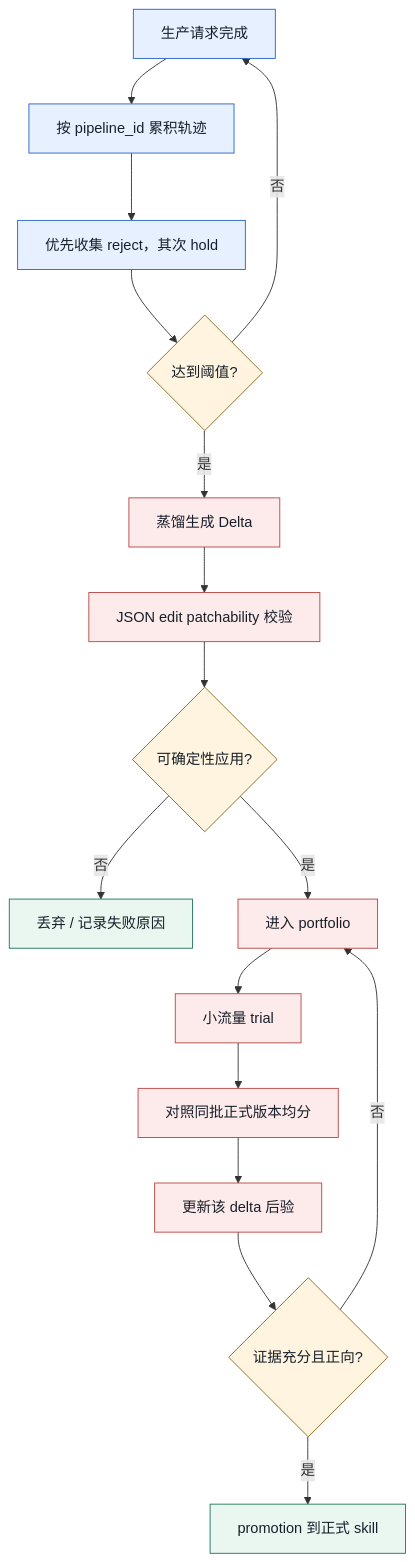
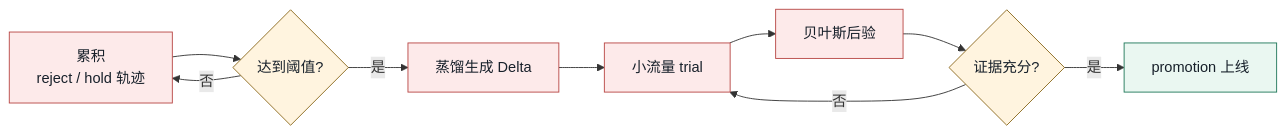
The third of 3 diagrams in README.md (AI3-GenAI4Sci/VIP_Copy), drawn with Mermaid before and after one commit. The commit also changed other lines of this file, not shown here.

First line of the commit message:
docs: slim README diagrams to compact horizontal overviews

````diff
--- a/README.md
+++ b/README.md
@@ -308,27 +288,18 @@
 ```mermaid
-flowchart TB
-    A["生产请求完成"] --> B["按 pipeline_id 累积轨迹"]
-    B --> C["优先收集 reject，其次 hold"]
-    C --> D{"达到阈值?"}
-    D -- "否" --> A
-    D -- "是" --> E["蒸馏生成 Delta"]
-    E --> F["JSON edit patchability 校验"]
-    F --> G{"可确定性应用?"}
-    G -- "否" --> H["丢弃 / 记录失败原因"]
-    G -- "是" --> I["进入 portfolio"]
-    I --> J["小流量 trial"]
-    J --> K["对照同批正式版本均分"]
-    K --> L["更新该 delta 后验"]
-    L --> M{"证据充分且正向?"}
-    M -- "否" --> I
-    M -- "是" --> N["promotion 到正式 skill"]
+flowchart LR
+    A["累积<br/>reject / hold 轨迹"] --> B{"达到阈值?"}
+    B -- "否" --> A
+    B -- "是" --> C["蒸馏生成 Delta"]
+    C --> D["小流量 trial"]
+    D --> E["贝叶斯后验"]
+    E --> F{"证据充分?"}
+    F -- "否" --> D
+    F -- "是" --> G["promotion 上线"]
 
-    classDef prod fill:#e7f0ff,stroke:#2764c8,color:#17202a;
     classDef gate fill:#fff4df,stroke:#8a681c,color:#17202a;
     classDef evo fill:#fdeaea,stroke:#b84745,color:#17202a;
     classDef pass fill:#eaf7f1,stroke:#20785a,color:#17202a;
-    class A,B,C prod;
-    class D,G,M gate;
-    class E,F,I,J,K,L evo;
-    class H,N pass;
+    class B,F gate;
+    class A,C,D,E evo;
+    class G pass;
 ```
````
